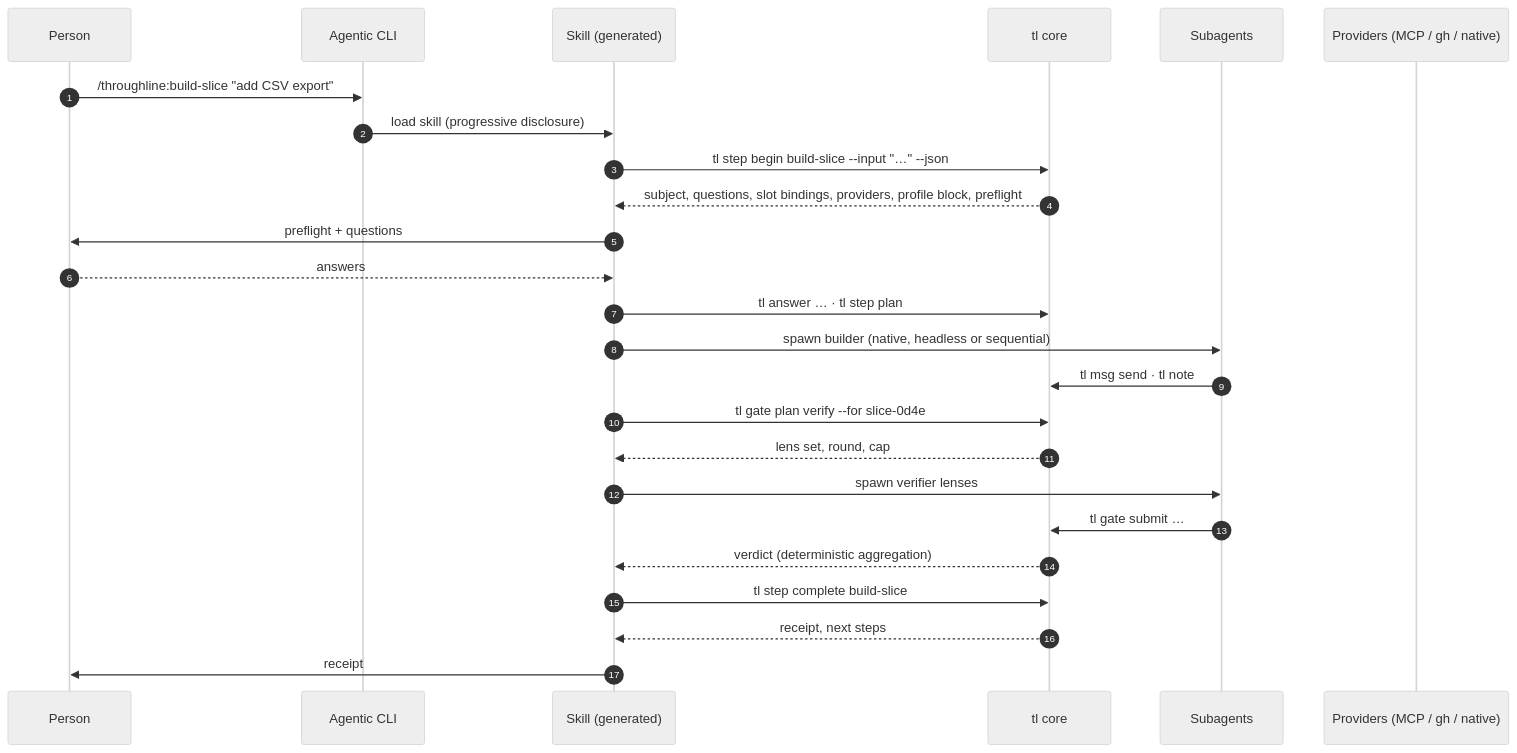
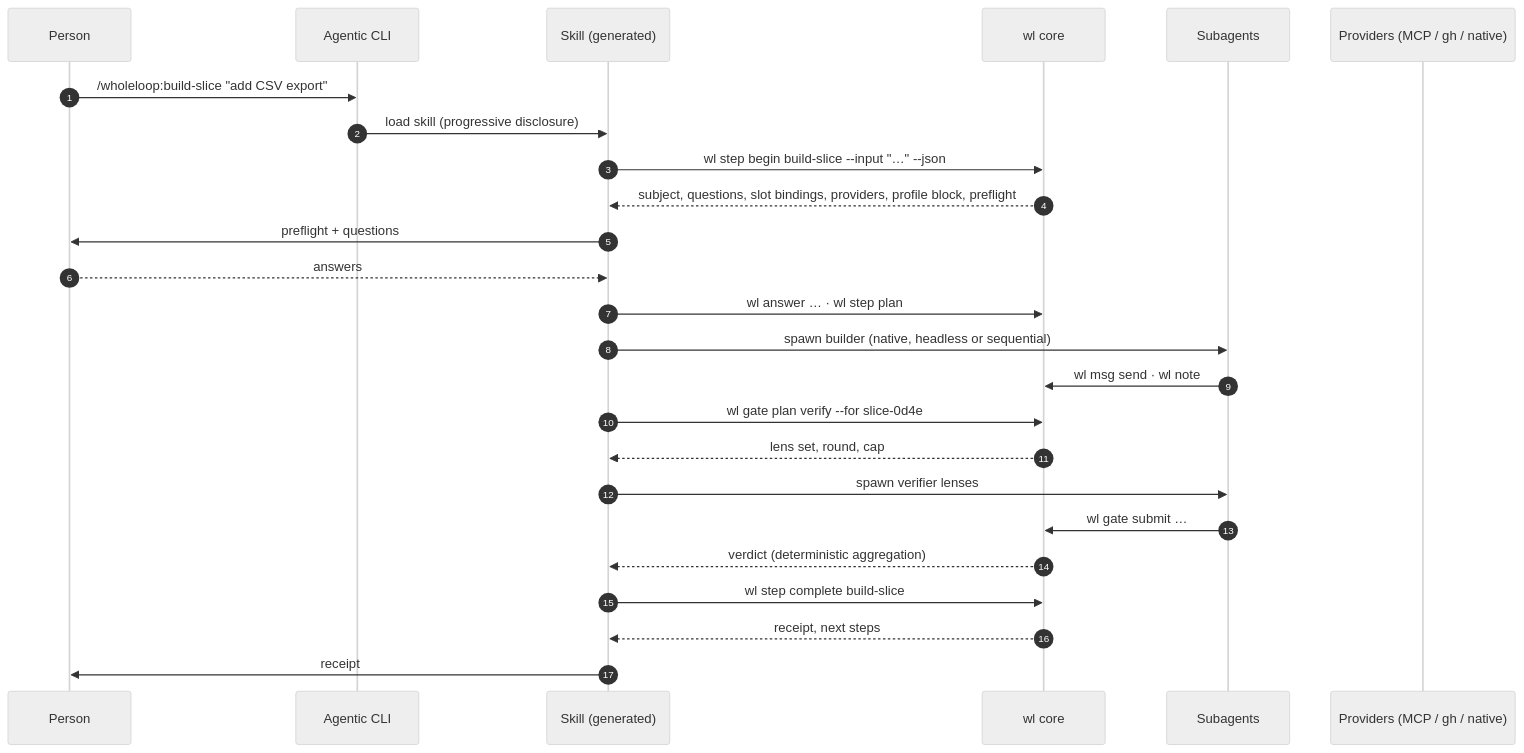
One commit to dreamingechoes/wholeloop changed the second of 2 diagrams in docs/architecture/README.md. Above: the diagram before and after it, drawn with Mermaid (neutral theme). The commit also changed other lines of this file and 61 other files, not shown here.

````diff
--- a/docs/architecture/README.md
+++ b/docs/architecture/README.md
@@ -78,27 +78,27 @@
 ```mermaid
 sequenceDiagram
   autonumber
   participant P as Person
   participant CLI as Agentic CLI
   participant SK as Skill (generated)
-  participant TL as tl core
+  participant TL as wl core
   participant AG as Subagents
   participant EX as Providers (MCP / gh / native)
-  P->>CLI: /throughline:build-slice "add CSV export"
+  P->>CLI: /wholeloop:build-slice "add CSV export"
   CLI->>SK: load skill (progressive disclosure)
-  SK->>TL: tl step begin build-slice --input "…" --json
+  SK->>TL: wl step begin build-slice --input "…" --json
   TL-->>SK: subject, questions, slot bindings, providers, profile block, preflight
   SK->>P: preflight + questions
   P-->>SK: answers
-  SK->>TL: tl answer … · tl step plan
+  SK->>TL: wl answer … · wl step plan
   SK->>AG: spawn builder (native, headless or sequential)
-  AG->>TL: tl msg send · tl note
-  SK->>TL: tl gate plan verify --for slice-0d4e
+  AG->>TL: wl msg send · wl note
+  SK->>TL: wl gate plan verify --for slice-0d4e
   TL-->>SK: lens set, round, cap
   SK->>AG: spawn verifier lenses
-  AG->>TL: tl gate submit …
+  AG->>TL: wl gate submit …
   TL-->>SK: verdict (deterministic aggregation)
-  SK->>TL: tl step complete build-slice
+  SK->>TL: wl step complete build-slice
   TL-->>SK: receipt, next steps
   SK->>P: receipt
 ```
````
